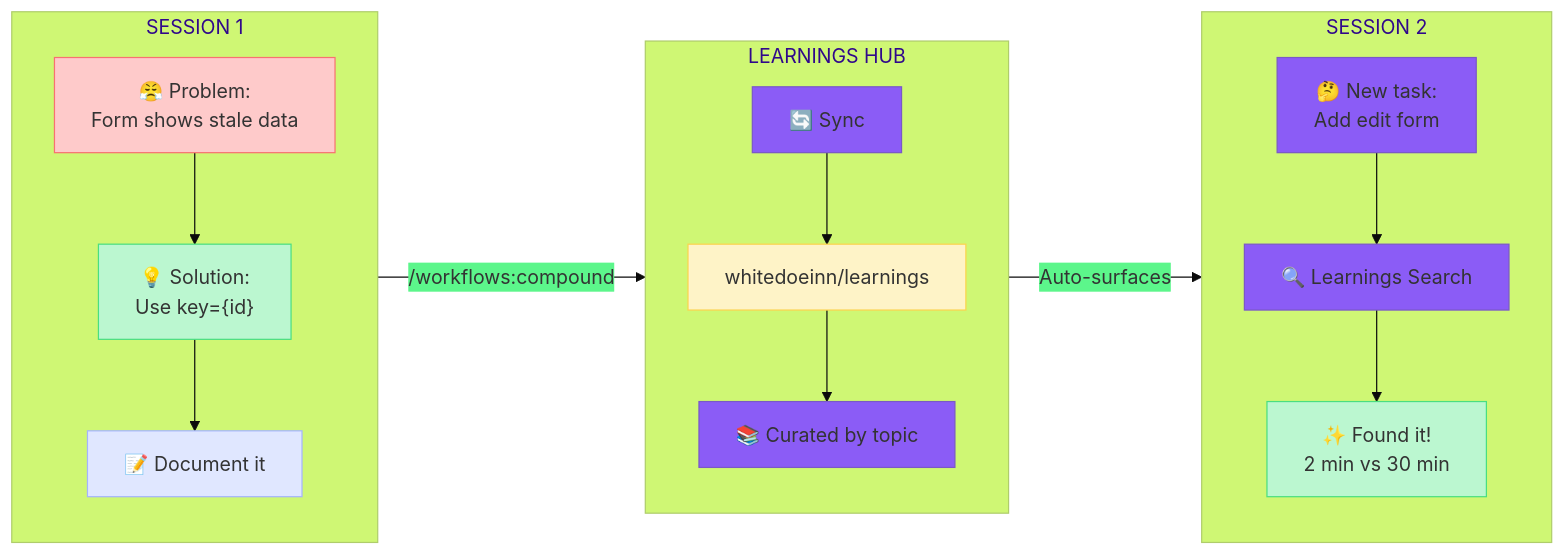
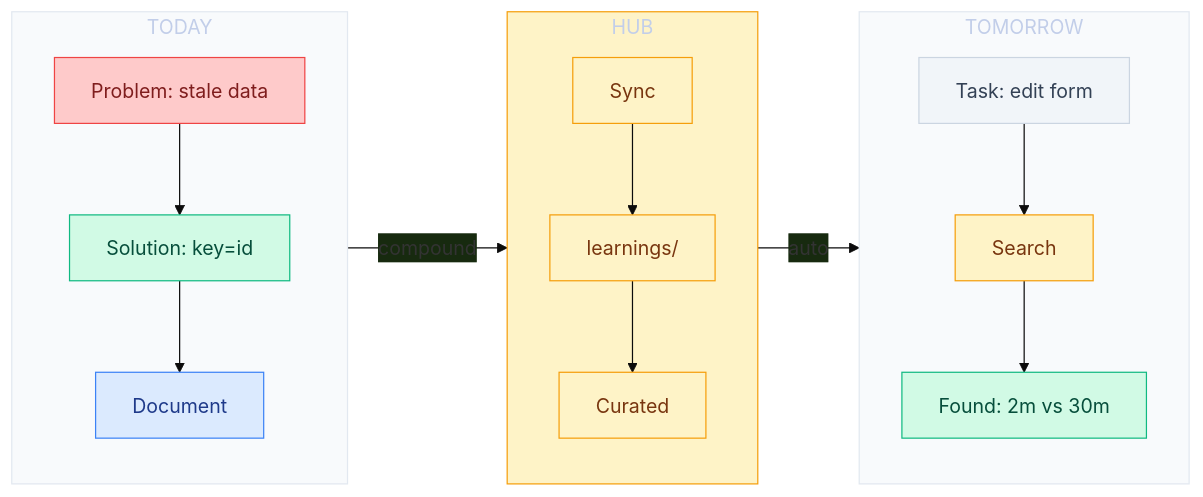
Before and after one commit to whitedoeinn/dev-plugins-workflow: the second of 7 diagrams in docs/workflows/feature-workflow-diagram.md, drawn with Mermaid. The commit also changed other lines of this file, not shown here.

First line of the commit message:
style: Refine Mermaid diagrams with cohesive design system

````diff
--- a/docs/workflows/feature-workflow-diagram.md
+++ b/docs/workflows/feature-workflow-diagram.md
@@ -66,36 +78,43 @@
 ```mermaid
-%%{init: {'theme': 'base', 'themeVariables': { 'primaryColor': '#8b5cf6'}}}%%
+%%{init: {'theme': 'base', 'themeVariables': { 'primaryColor': '#0f172a', 'fontFamily': 'ui-monospace, monospace'}}}%%
 flowchart LR
-    subgraph session1 ["SESSION 1"]
+    subgraph session1 ["  TODAY  "]
         direction TB
-        p1["😤 Problem:<br/>Form shows stale data"]
-        s1["💡 Solution:<br/>Use key={id}"]
-        d1["📝 Document it"]
+        p1["Problem: stale data"]
+        s1["Solution: key=id"]
+        d1["Document"]
     end
 
-    subgraph central ["LEARNINGS HUB"]
+    subgraph central ["  HUB  "]
         direction TB
-        sync["🔄 Sync"]
-        repo["whitedoeinn/learnings"]
-        curated["📚 Curated by topic"]
+        sync["Sync"]
+        repo["learnings/"]
+        curated["Curated"]
     end
 
-    subgraph session2 ["SESSION 2"]
+    subgraph session2 ["  TOMORROW  "]
         direction TB
-        p2["🤔 New task:<br/>Add edit form"]
-        search2["🔍 Learnings Search"]
-        found["✨ Found it!<br/>2 min vs 30 min"]
+        p2["Task: edit form"]
+        search2["Search"]
+        found["Found: 2m vs 30m"]
     end
 
     p1 --> s1 --> d1
-    d1 -->|"/workflows:compound"| sync
+    d1 -->|"compound"| sync
     sync --> repo --> curated
-    curated -->|"Auto-surfaces"| search2
+    curated -->|"auto"| search2
     p2 --> search2 --> found
 
-    style p1 fill:#fecaca,stroke:#f87171
-    style s1 fill:#bbf7d0,stroke:#4ade80
-    style d1 fill:#e0e7ff,stroke:#a5b4fc
-    style found fill:#bbf7d0,stroke:#4ade80
-    style repo fill:#fef3c7,stroke:#fcd34d
+    style session1 fill:#f8fafc,stroke:#e2e8f0
+    style session2 fill:#f8fafc,stroke:#e2e8f0
+    style central fill:#fef3c7,stroke:#f59e0b
+    style p1 fill:#fecaca,stroke:#ef4444,color:#7f1d1d
+    style s1 fill:#d1fae5,stroke:#10b981,color:#064e3b
+    style d1 fill:#dbeafe,stroke:#3b82f6,color:#1e3a8a
+    style sync fill:#fef3c7,stroke:#f59e0b,color:#78350f
+    style repo fill:#fef3c7,stroke:#f59e0b,color:#78350f
+    style curated fill:#fef3c7,stroke:#f59e0b,color:#78350f
+    style p2 fill:#f1f5f9,stroke:#cbd5e1,color:#334155
+    style search2 fill:#fef3c7,stroke:#f59e0b,color:#78350f
+    style found fill:#d1fae5,stroke:#10b981,color:#064e3b
 ```
````
